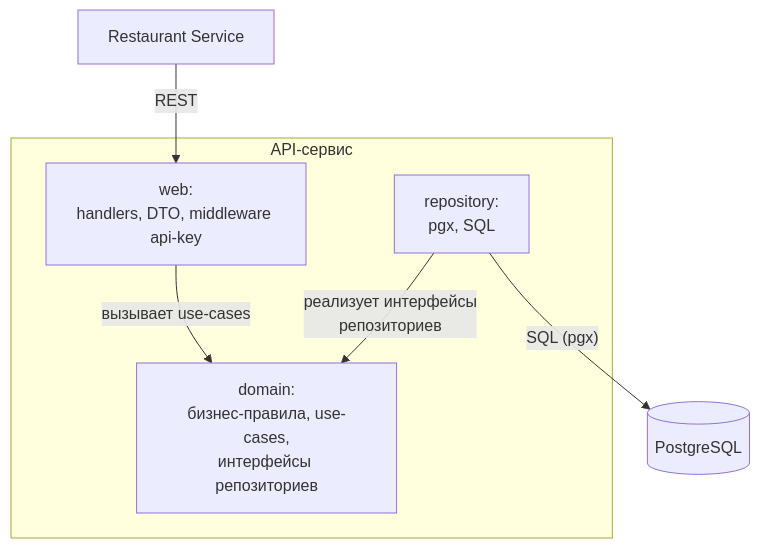
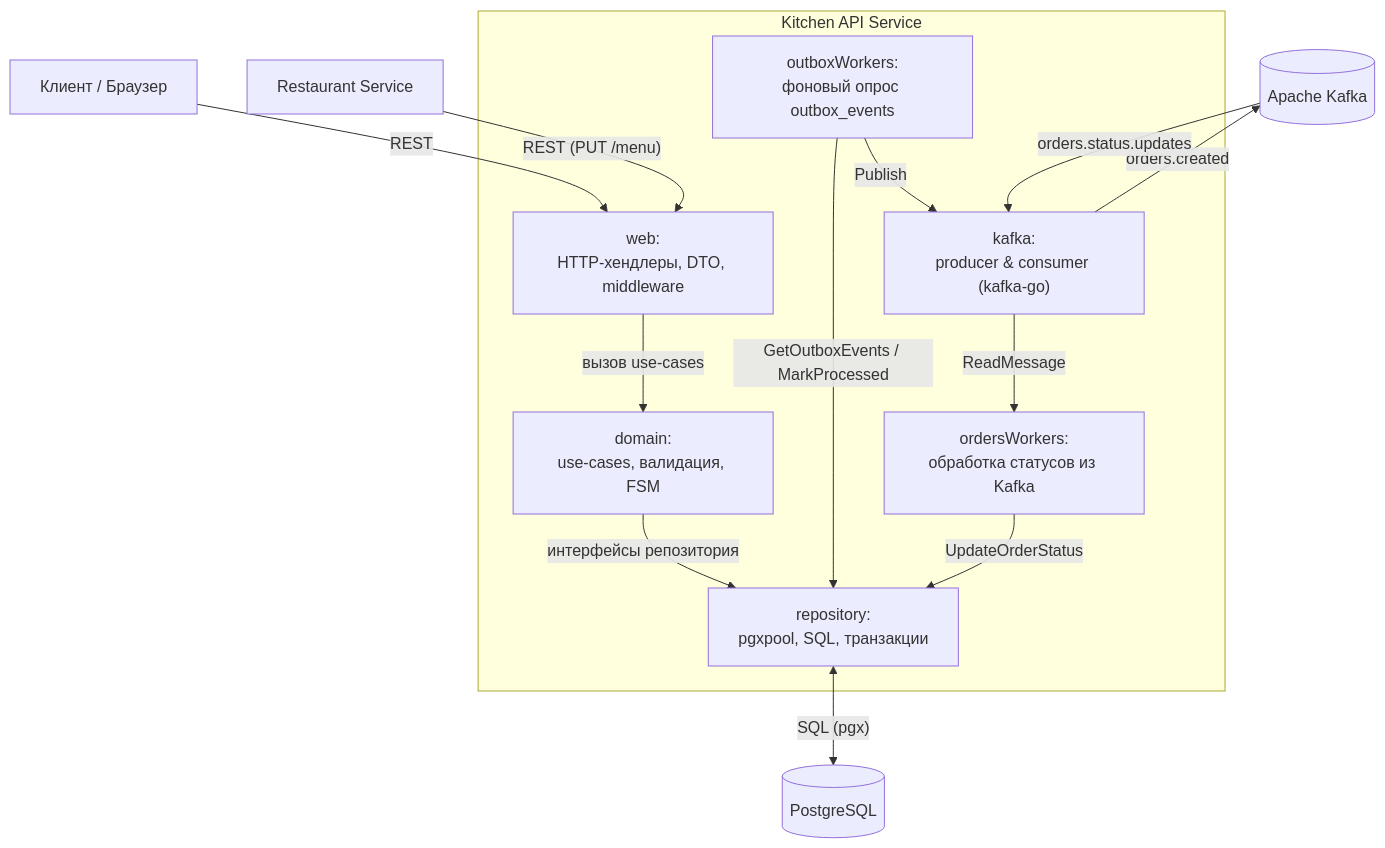
Before and after one commit to R0uT3r52/kitchen-api: the diagram in docs/c4-level3.md, drawn with Mermaid. The commit also changed other lines of this file and 5 other files, not shown here.

````diff
--- a/docs/c4-level3.md
+++ b/docs/c4-level3.md
@@ -4,15 +3,31 @@
 ```mermaid
 flowchart TB
-    subgraph API ["API-сервис"]
-        WEB["web:<br/>handlers, DTO, middleware api-key"]
-        DOM["domain:<br/>бизнес-правила, use-cases,<br/>интерфейсы репозиториев"]
-        REPO["repository:<br/>pgx, SQL"]
+    Client["Клиент / Браузер"]
+    RS["Restaurant Service"]
+    DB[("PostgreSQL")]
+    Kafka[("Apache Kafka")]
+
+    subgraph API ["Kitchen API Service"]
+        WEB["web:<br/>HTTP-хендлеры, DTO, middleware"]
+        DOM["domain:<br/>use-cases, валидация, FSM"]
+        REPO["repository:<br/>pgxpool, SQL, транзакции"]
+        OUTBOX["outboxWorkers:<br/>фоновый опрос outbox_events"]
+        ORDERS["ordersWorkers:<br/>обработка статусов из Kafka"]
+        KAFKA_PKG["kafka:<br/>producer & consumer (kafka-go)"]
     end
-    DB[("PostgreSQL")]
-    RS["Restaurant Service"]
 
-    RS -->|"REST"| WEB
-    WEB -->|"вызывает use-cases"| DOM
-    REPO -->|"реализует интерфейсы<br/>репозиториев"| DOM
-    REPO -->|"SQL (pgx)"| DB
+    Client -->|"REST"| WEB
+    RS -->|"REST (PUT /menu)"| WEB
+
+    WEB -->|"вызов use-cases"| DOM
+    DOM -->|"интерфейсы репозитория"| REPO
+    REPO <-->|"SQL (pgx)"| DB
+
+    OUTBOX -->|"GetOutboxEvents / MarkProcessed"| REPO
+    OUTBOX -->|"Publish"| KAFKA_PKG
+    KAFKA_PKG -->|"orders.created"| Kafka
+
+    Kafka -->|"orders.status.updates"| KAFKA_PKG
+    KAFKA_PKG -->|"ReadMessage"| ORDERS
+    ORDERS -->|"UpdateOrderStatus"| REPO
 ```
````
